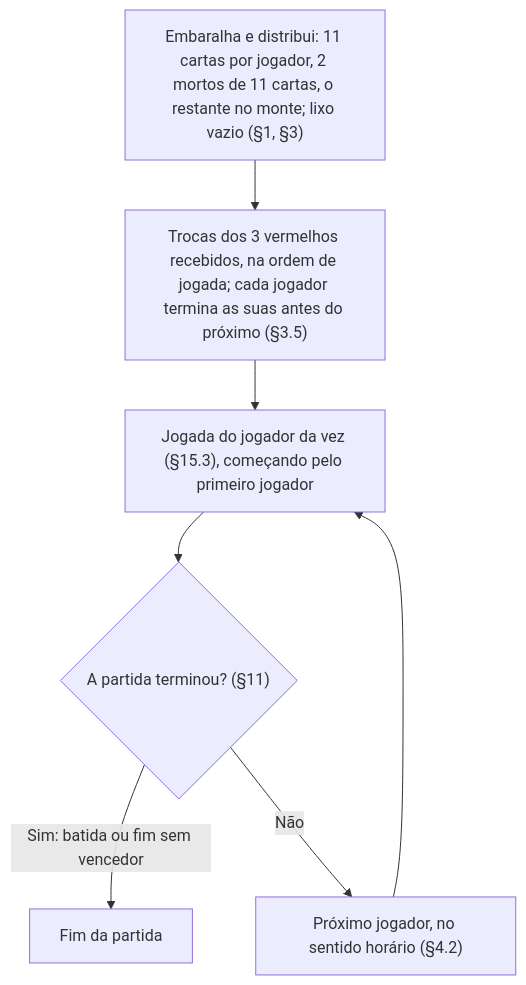
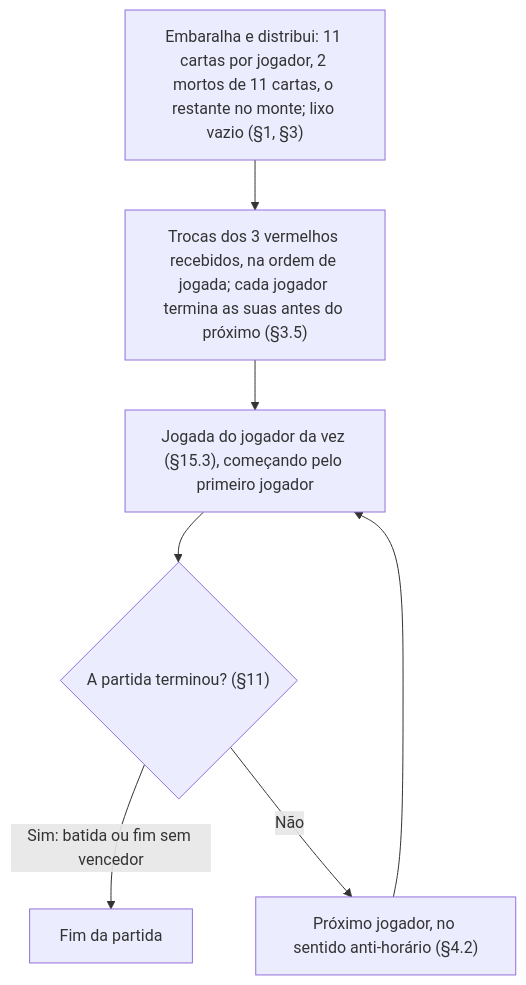
One commit to williandrade82/g-tranca changed the second of 3 diagrams in definition.md. Above: the diagram before and after it, drawn with Mermaid. The commit also changed other lines of this file and 12 other files, not shown here.

First line of the commit message:
Regras: a vez gira no sentido anti-horário (§4.2)

````diff
--- a/definition.md
+++ b/definition.md
@@ -328,9 +329,9 @@
 ```mermaid
 flowchart TD
     A["Embaralha e distribui: 11 cartas por jogador, 2 mortos de 11 cartas, o restante no monte; lixo vazio (§1, §3)"] --> B["Trocas dos 3 vermelhos recebidos, na ordem de jogada; cada jogador termina as suas antes do próximo (§3.5)"]
     B --> C["Jogada do jogador da vez (§15.3), começando pelo primeiro jogador"]
     C --> D{"A partida terminou? (§11)"}
     D -->|"Sim: batida ou fim sem vencedor"| E["Fim da partida"]
-    D -->|Não| F["Próximo jogador, no sentido horário (§4.2)"]
+    D -->|Não| F["Próximo jogador, no sentido anti-horário (§4.2)"]
     F --> C
 ```
````
